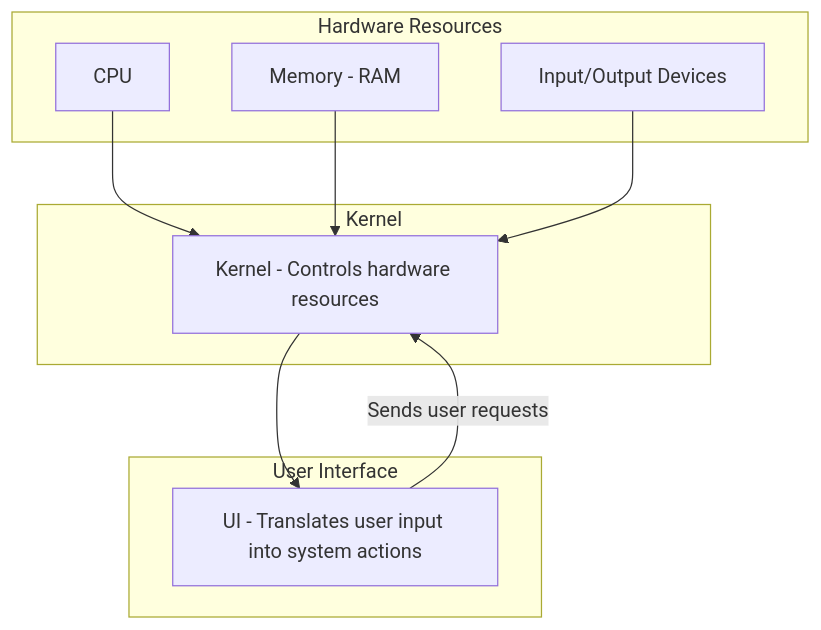
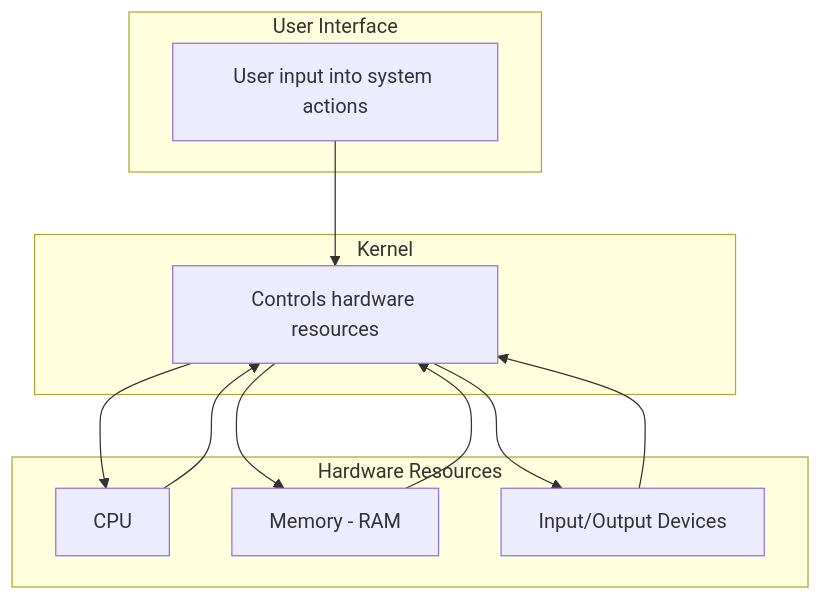
One commit to alohamujeeb/alohamujeeb.github.io changed the first of 4 diagrams in docs/blog/posts/2026-05-22-Operating_Systems_Components.md. Above: the diagram before and after it, drawn with Mermaid. The commit also changed other lines of this file, not shown here.

````diff
--- a/docs/blog/posts/2026-05-22-Operating_Systems_Components.md
+++ b/docs/blog/posts/2026-05-22-Operating_Systems_Components.md
@@ -97,25 +102,28 @@
 ```mermaid
 
 graph TD
+
+    subgraph L3 [User Interface]
+        UI[User input into system actions]
+    end
+
+    subgraph L2 [Kernel]
+        K[Controls hardware resources]
+    end
 
     subgraph L1 [Hardware Resources]
         CPU[CPU]
         MEM[Memory - RAM]
         IO[Input/Output Devices]
     end
 
-    subgraph L2 [Kernel]
-        K[Kernel - Controls hardware resources]
-    end
+    UI --> K
 
-    subgraph L3 [User Interface]
-        UI[UI - Translates user input into system actions]
-    end
+    K --> CPU
+    K --> MEM
+    K --> IO
 
     CPU --> K
     MEM --> K
     IO --> K
-
-    K --> UI
-    UI -->|Sends user requests| K
 ```
````
